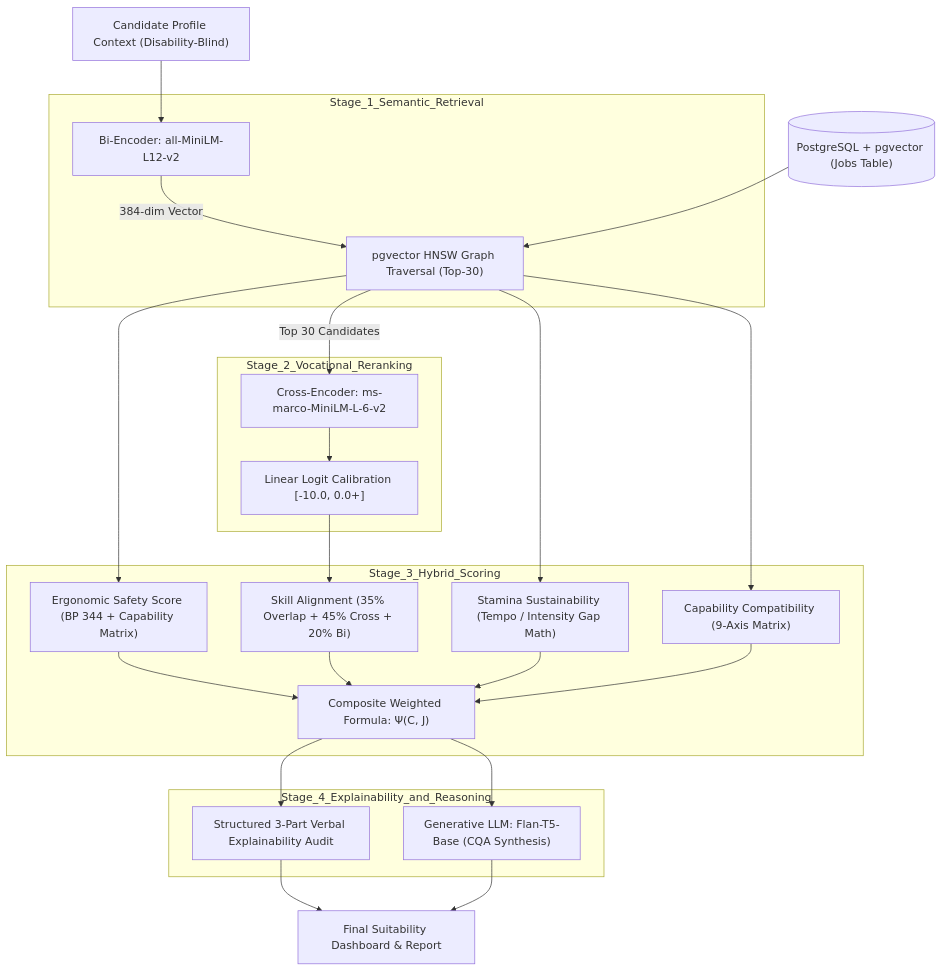
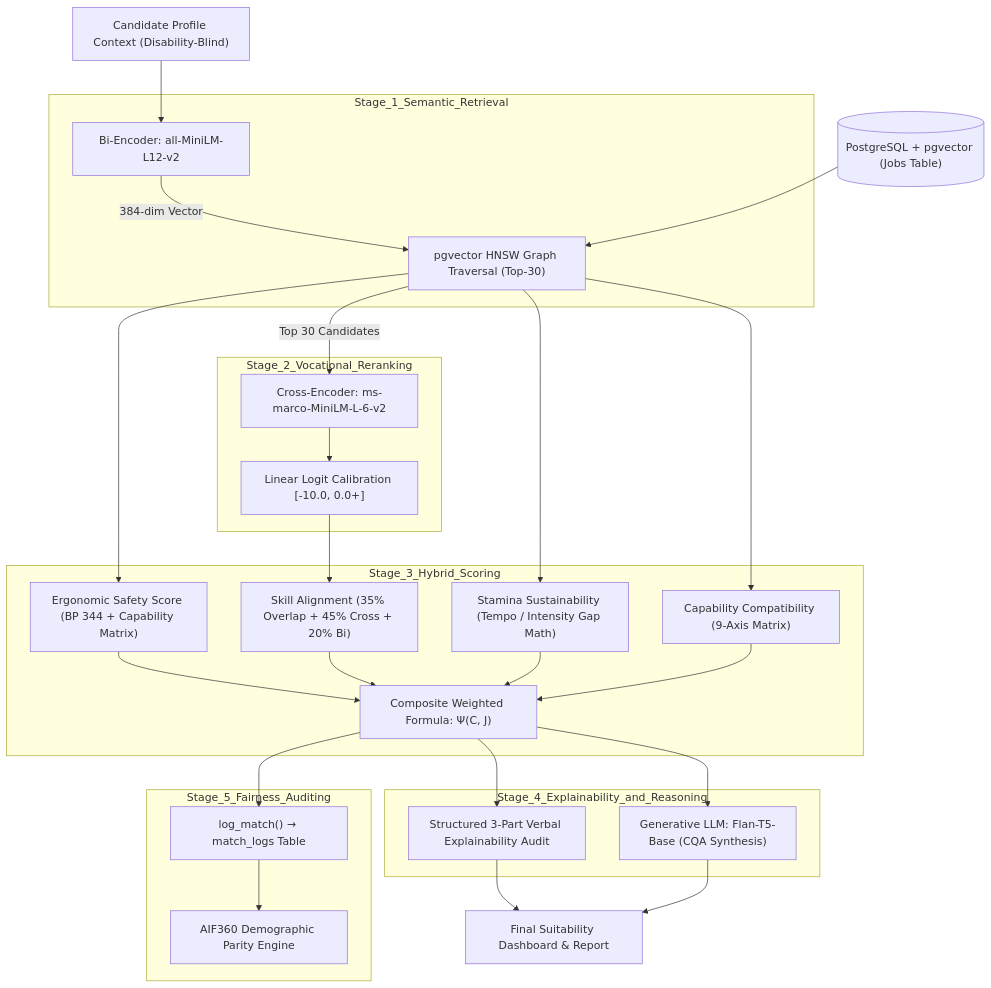
The third of 3 diagrams in ARCHITECTURAL_WALKTHROUGH.md (AetherrAkuma/UPLIFT-Thesis), drawn with Mermaid before and after one commit. The commit also changed other lines of this file and 7 other files, not shown here.

Commit message:
feat: implement NCDA AO No. 001 s.2021 compliance, ICF-aligned suitability indexing, and AIF360-based fairness auditing tools.

````diff
--- a/ARCHITECTURAL_WALKTHROUGH.md
+++ b/ARCHITECTURAL_WALKTHROUGH.md
@@ -512,48 +516,55 @@
 ```mermaid
 flowchart TD
     Candidate["Candidate Profile Context (Disability-Blind)"]
     JobsDB[("PostgreSQL + pgvector (Jobs Table)")]
 
     subgraph Stage_1_Semantic_Retrieval
         BE["Bi-Encoder: all-MiniLM-L12-v2"]
         HNSW["pgvector HNSW Graph Traversal (Top-30)"]
     end
 
     subgraph Stage_2_Vocational_Reranking
         CE["Cross-Encoder: ms-marco-MiniLM-L-6-v2"]
         CALIB["Linear Logit Calibration [-10.0, 0.0+]"]
     end
 
     subgraph Stage_3_Hybrid_Scoring
         SAFETY["Ergonomic Safety Score (BP 344 + Capability Matrix)"]
         SKILL["Skill Alignment (35% Overlap + 45% Cross + 20% Bi)"]
         STAMINA["Stamina Sustainability (Tempo / Intensity Gap Math)"]
         COMPAT["Capability Compatibility (9-Axis Matrix)"]
         COMPOSITE["Composite Weighted Formula: Ψ(C, J)"]
     end
 
     subgraph Stage_4_Explainability_and_Reasoning
         AUDIT["Structured 3-Part Verbal Explainability Audit"]
         LLM["Generative LLM: Flan-T5-Base (CQA Synthesis)"]
     end
 
+    subgraph Stage_5_Fairness_Auditing
+        LOG["log_match() → match_logs Table"]
+        AIF["AIF360 Demographic Parity Engine"]
+    end
+
     Candidate --> BE
     BE -- "384-dim Vector" --> HNSW
     JobsDB --> HNSW
     HNSW -- "Top 30 Candidates" --> CE
     CE --> CALIB
     CALIB --> SKILL
 
     HNSW --> SAFETY
     HNSW --> STAMINA
     HNSW --> COMPAT
     SAFETY --> COMPOSITE
     SKILL --> COMPOSITE
     STAMINA --> COMPOSITE
     COMPAT --> COMPOSITE
 
     COMPOSITE --> AUDIT
     COMPOSITE --> LLM
     AUDIT --> Results["Final Suitability Dashboard & Report"]
     LLM --> Results
+    COMPOSITE --> LOG
+    LOG --> AIF
 ```
````
